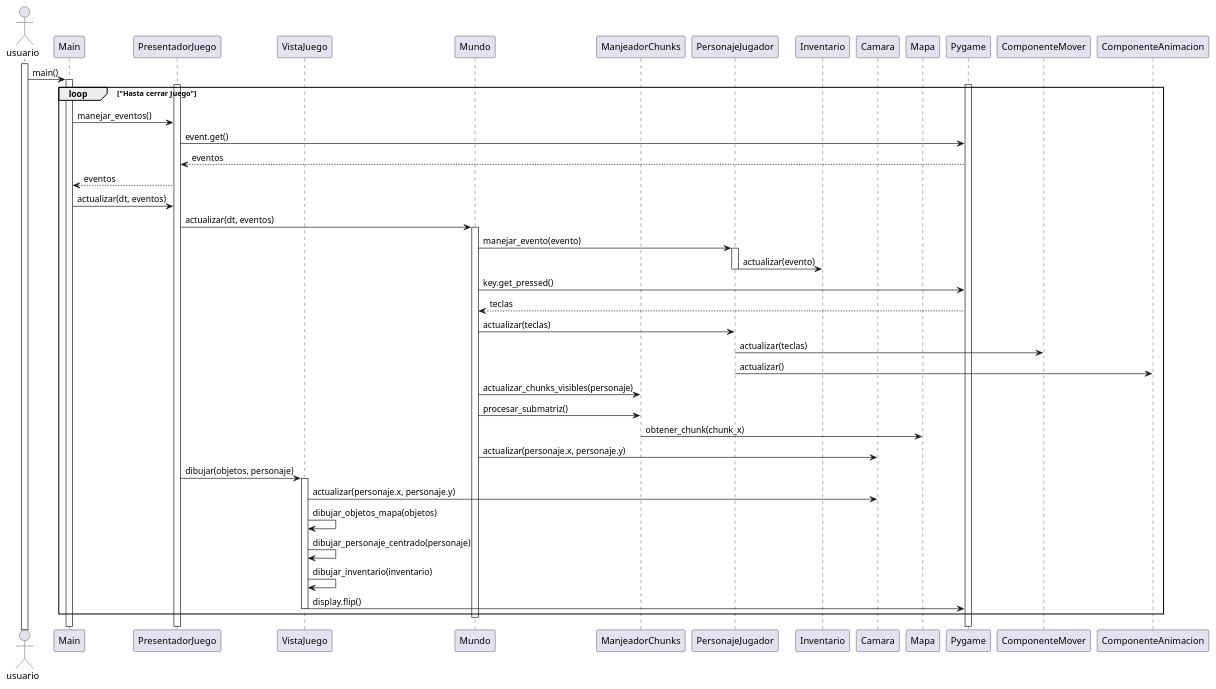
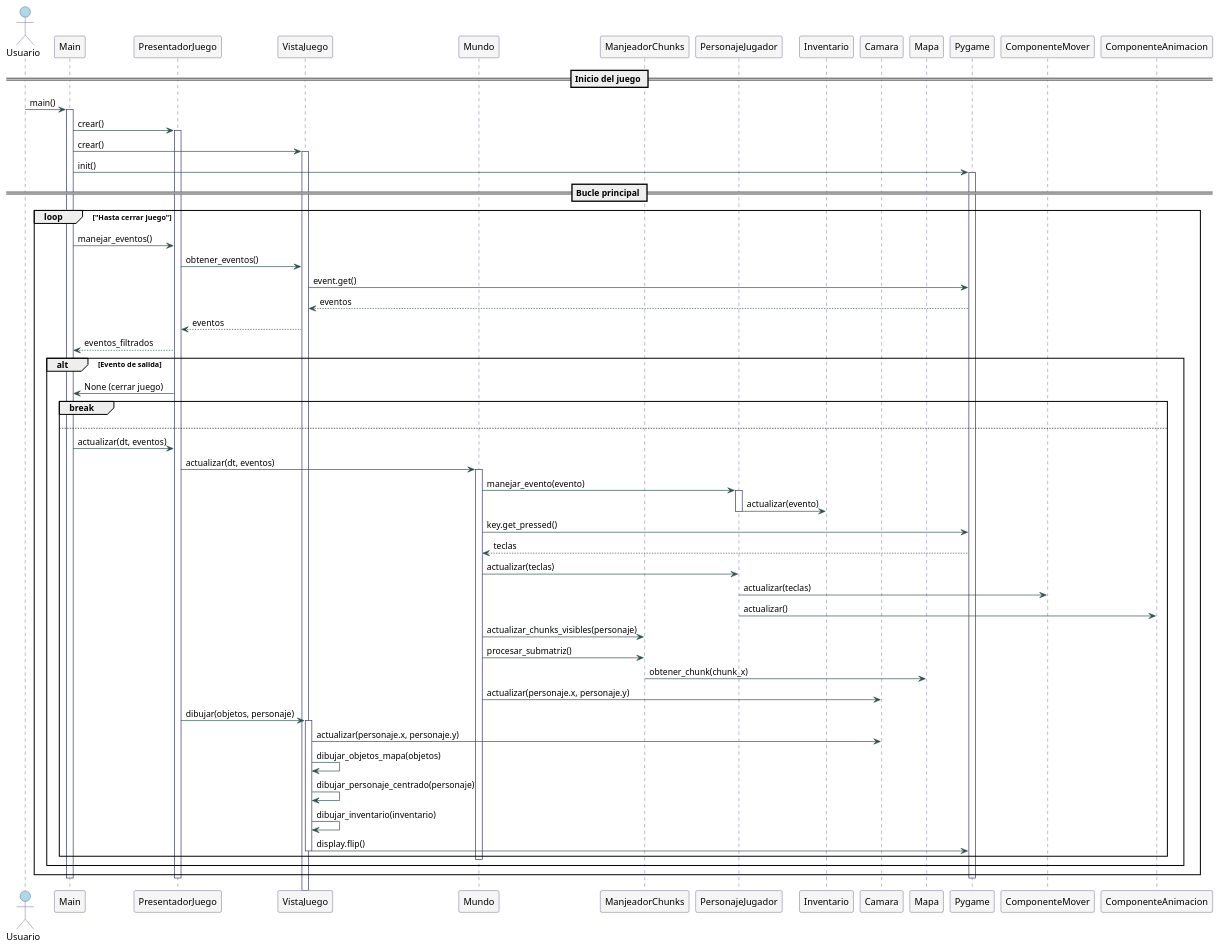
Before and after one commit to JosiasTomasnanez/SatisPlanning-game: the diagram in doc/secuencia.puml, drawn with PlantUML. The commit also changed 1 other file, not shown here.

Commit message:
Actualizacion del diagrama de secuencia

```diff
--- a/doc/secuencia.puml
+++ b/doc/secuencia.puml
@@ -1,69 +1,98 @@
 @startuml DiagramaSecuencia
 !pragma teoz true
-actor usuario
 
+skinparam participant {
+    BackgroundColor #F5F5F5
+    BorderColor #333366
+    FontSize 14
+}
+skinparam actor {
+    BackgroundColor #DDEEFF
+    BorderColor #333366
+    FontSize 14
+}
+skinparam sequenceArrowColor DarkSlateGray
+skinparam sequenceLifeLineBorderColor #333366
+
+actor Usuario as usuario #LightBlue
 participant Main
 participant PresentadorJuego
 participant VistaJuego
 participant Mundo
 participant ManjeadorChunks
 participant PersonajeJugador
 participant Inventario
 participant Camara
 participant Mapa
 participant Pygame
 
-activate usuario
+== Inicio del juego ==
 usuario -> Main : main()
+activate Main
 
-activate Main
+Main -> PresentadorJuego : crear()
 activate PresentadorJuego
+
+Main -> VistaJuego : crear()
+activate VistaJuego
+
+Main -> Pygame : init()
 activate Pygame
 
-loop "Hasta cerrar Juego"
+== Bucle principal ==
+loop "Hasta cerrar juego"
     Main -> PresentadorJuego : manejar_eventos()
-    PresentadorJuego -> Pygame : event.get()
-    PresentadorJuego <-- Pygame : eventos
-    Main <-- PresentadorJuego : eventos
+    PresentadorJuego -> VistaJuego : obtener_eventos()
+    VistaJuego -> Pygame : event.get()
+    VistaJuego <-- Pygame : eventos
+    PresentadorJuego <-- VistaJuego : eventos
+    Main <-- PresentadorJuego : eventos_filtrados
 
-    Main -> PresentadorJuego : actualizar(dt, eventos)
-    PresentadorJuego -> Mundo : actualizar(dt, eventos)
-    activate Mundo
+    alt Evento de salida
+        PresentadorJuego -> Main : None (cerrar juego)
+        break
+    else
+        Main -> PresentadorJuego : actualizar(dt, eventos)
+        PresentadorJuego -> Mundo : actualizar(dt, eventos)
+        activate Mundo
 
-    Mundo -> PersonajeJugador : manejar_evento(evento)
-    activate PersonajeJugador
-    PersonajeJugador -> Inventario : actualizar(evento)
-    deactivate Inventario
-    deactivate PersonajeJugador
+        Mundo -> PersonajeJugador : manejar_evento(evento)
+        activate PersonajeJugador
+        PersonajeJugador -> Inventario : actualizar(evento)
+        deactivate Inventario
+        deactivate PersonajeJugador
 
-    Mundo -> Pygame : key.get_pressed()
-    Mundo <-- Pygame : teclas
-    Mundo -> PersonajeJugador : actualizar(teclas)
-    PersonajeJugador -> ComponenteMover : actualizar(teclas)
-    PersonajeJugador -> ComponenteAnimacion : actualizar()
-    deactivate ComponenteMover
-    deactivate ComponenteAnimacion
+        Mundo -> Pygame : key.get_pressed()
+        Mundo <-- Pygame : teclas
+        Mundo -> PersonajeJugador : actualizar(teclas)
+        PersonajeJugador -> ComponenteMover : actualizar(teclas)
+        PersonajeJugador -> ComponenteAnimacion : actualizar()
+        deactivate ComponenteMover
+        deactivate ComponenteAnimacion
 
-    Mundo -> ManjeadorChunks : actualizar_chunks_visibles(personaje)
-    Mundo -> ManjeadorChunks : procesar_submatriz()
-    ManjeadorChunks -> Mapa : obtener_chunk(chunk_x)
-    deactivate Mapa
+        Mundo -> ManjeadorChunks : actualizar_chunks_visibles(personaje)
+        Mundo -> ManjeadorChunks : procesar_submatriz()
+        ManjeadorChunks -> Mapa : obtener_chunk(chunk_x)
+        deactivate Mapa
 
-    Mundo -> Camara : actualizar(personaje.x, personaje.y)
-    deactivate Camara
+        Mundo -> Camara : actualizar(personaje.x, personaje.y)
+        deactivate Camara
 
-    PresentadorJuego -> VistaJuego : dibujar(objetos, personaje)
-    activate VistaJuego
-    VistaJuego -> Camara : actualizar(personaje.x, personaje.y)
-    VistaJuego -> VistaJuego : dibujar_objetos_mapa(objetos)
-    VistaJuego -> VistaJuego : dibujar_personaje_centrado(personaje)
-    VistaJuego -> VistaJuego : dibujar_inventario(inventario)
-    VistaJuego -> Pygame : display.flip()
-    deactivate VistaJuego
-    deactivate Mundo
+        PresentadorJuego -> VistaJuego : dibujar(objetos, personaje)
+        activate VistaJuego
+        VistaJuego -> Camara : actualizar(personaje.x, personaje.y)
+        VistaJuego -> VistaJuego : dibujar_objetos_mapa(objetos)
+        VistaJuego -> VistaJuego : dibujar_personaje_centrado(personaje)
+        VistaJuego -> VistaJuego : dibujar_inventario(inventario)
+        VistaJuego -> Pygame : display.flip()
+        deactivate VistaJuego
+        deactivate Mundo
+    end
 end
 
 deactivate Pygame
 deactivate PresentadorJuego
 deactivate Main
+
+note right: El ciclo termina cuando el usuario cierra la ventana o se detecta un evento de salida.
 @enduml
```
